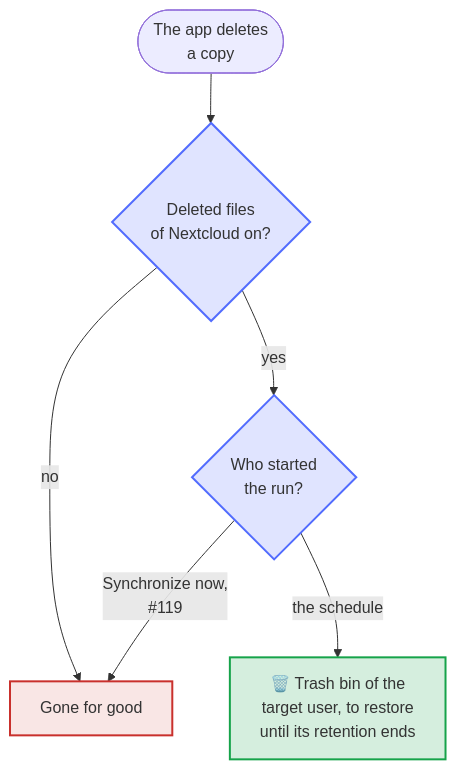
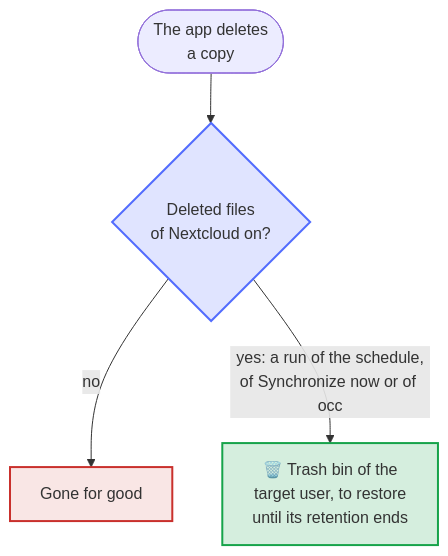
The diagram in docs/diagrams/where-a-copy-goes-that-paperless-sync-deletes.mmd (Dennis-Otto/paperless-sync), drawn with Mermaid before and after one commit. The commit also changed 63 other files, not shown here.

First line of the commit message:
feat: occ commands and 'Synchronize now' as a background job (#171)

```diff
--- a/docs/diagrams/where-a-copy-goes-that-paperless-sync-deletes.mmd
+++ b/docs/diagrams/where-a-copy-goes-that-paperless-sync-deletes.mmd
@@ -1,22 +1,19 @@
 flowchart TB
     accTitle: Where a copy goes that Paperless Sync deletes
-    accDescr: A copy that Paperless Sync deletes in Nextcloud is gone for good when the app Deleted files of Nextcloud is off. Otherwise, a scheduled run moves it into the trash bin of the target user, who can restore it until the retention of the trash bin ends. A run started with Synchronize now deletes it for good, which issue 119 tracks.
+    accDescr: A copy that Paperless Sync deletes in Nextcloud is gone for good when the app Deleted files of Nextcloud is off. Otherwise, the run moves it into the trash bin of the target user, who can restore it until the retention of the trash bin ends, whether the schedule, Synchronize now or occ started the run.
 
     deleted(["The app deletes<br>a copy"])
     trashbin{"Deleted files<br>of Nextcloud on?"}
-    who{"Who started<br>the run?"}
     kept["🗑️ Trash bin of the<br>target user, to restore<br>until its retention ends"]
     gone["Gone for good"]
 
     deleted --> trashbin
     trashbin -- "no" --> gone
-    trashbin -- "yes" --> who
-    who -- "the schedule" --> kept
-    who -- "Synchronize now,<br>#119" --> gone
+    trashbin -- "yes: a run of the schedule,<br>of Synchronize now or of occ" --> kept
 
     classDef check fill:#526cfe2e,stroke:#526cfe,stroke-width:2px
     classDef kept fill:#16a34a2e,stroke:#16a34a,stroke-width:2px
     classDef refused fill:#c9302c1f,stroke:#c9302c,stroke-width:2px
-    class trashbin,who check
+    class trashbin check
     class kept kept
     class gone refused
```
